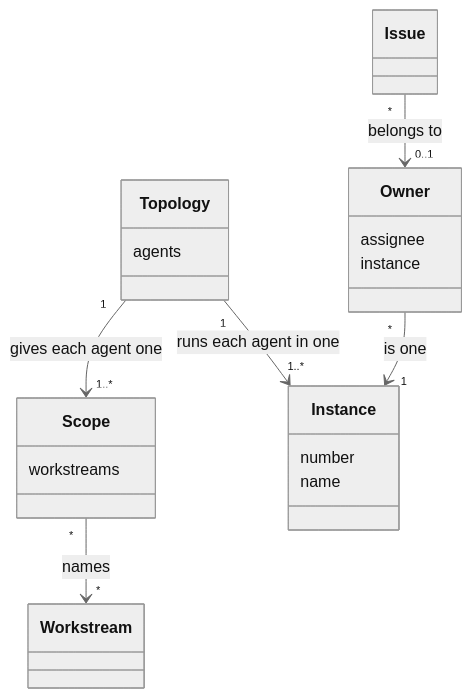
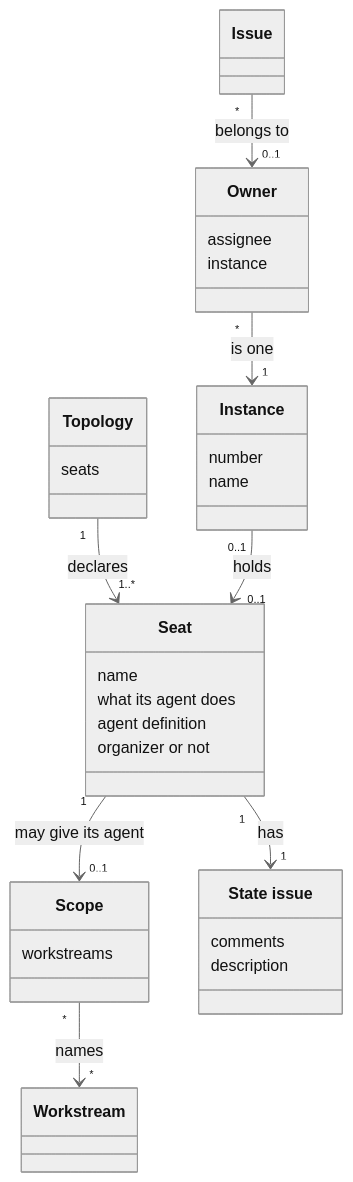
One commit to aleskalfas/project-kit changed the first of 3 diagrams in tech-docs/analysis/project-management/domain-model/060-parallel-work.md. Above: the diagram before and after it, drawn with Mermaid (neutral theme). The commit also changed other lines of this file and 13 other files, not shown here.

````diff
--- a/tech-docs/analysis/project-management/domain-model/060-parallel-work.md
+++ b/tech-docs/analysis/project-management/domain-model/060-parallel-work.md
@@ -30,26 +37,38 @@
 ```mermaid
 classDiagram
   accTitle: Parallel work
-  accDescr: A topology gives each of its agents a scope and an instance. A scope names workstreams. An issue belongs to at most one owner, which is one instance, paired with the issue's assignee.
+  accDescr: A topology declares seats. A seat may give its agent a scope, which names workstreams, and has one state issue. An instance holds at most one seat. An issue belongs to at most one owner, which is one instance, paired with the issue's assignee.
   class Topology {
-    agents
+    seats
+  }
+  class Seat {
+    name
+    what its agent does
+    agent definition
+    organizer or not
   }
   class Scope {
     workstreams
   }
   class Instance {
     number
     name
   }
   class Owner {
     assignee
     instance
   }
+  class StateIssue["State issue"] {
+    comments
+    description
+  }
   class Workstream
   class Issue
-  Topology "1" --> "1..*" Scope : gives each agent one
-  Topology "1" --> "1..*" Instance : runs each agent in one
+  Topology "1" --> "1..*" Seat : declares
+  Seat "1" --> "0..1" Scope : may give its agent
+  Seat "1" --> "1" StateIssue : has
+  Instance "0..1" --> "0..1" Seat : holds
   Scope "*" --> "*" Workstream : names
   Owner "*" --> "1" Instance : is one
   Issue "*" --> "0..1" Owner : belongs to
 ```
````
